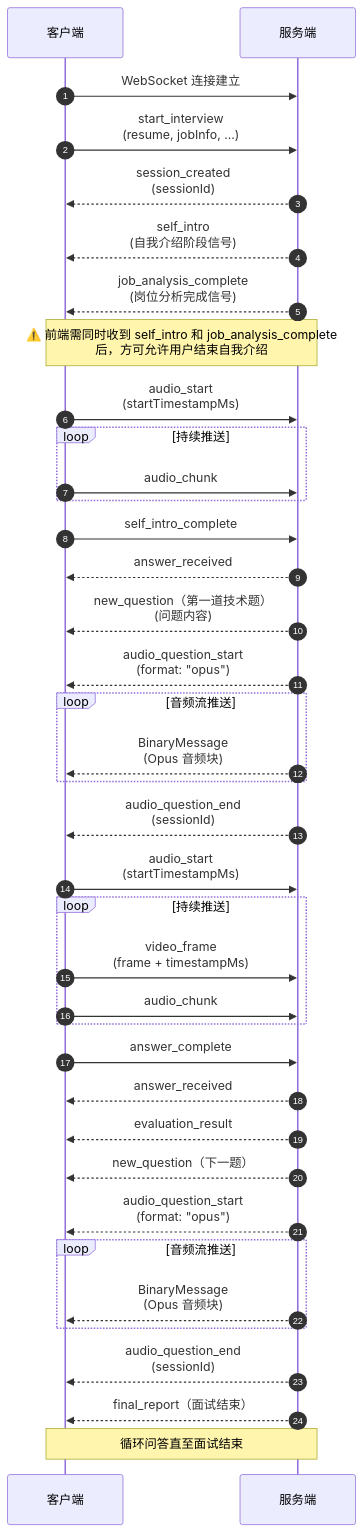
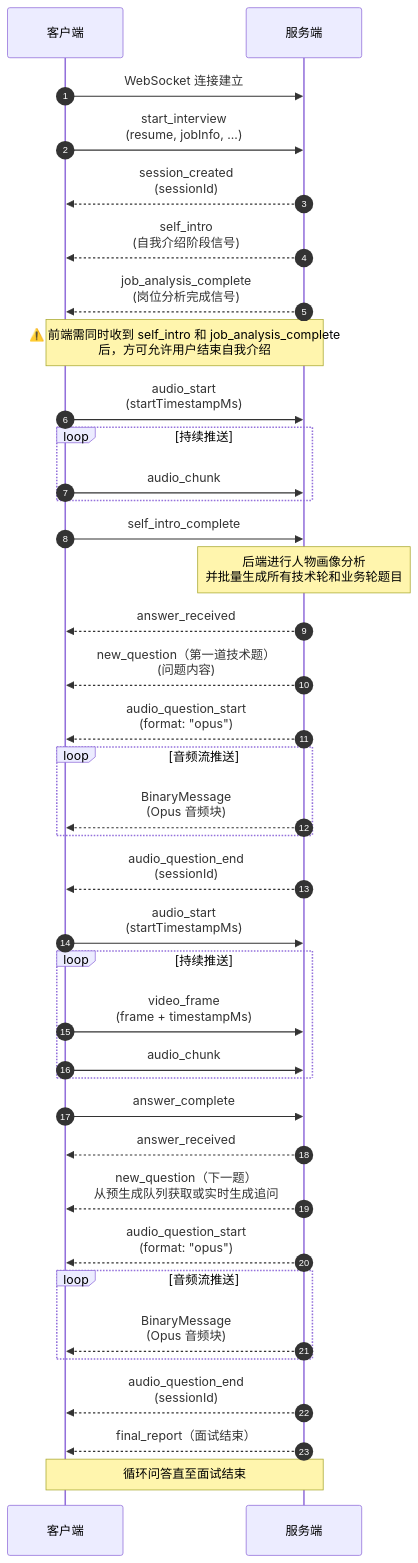
The diagram in docs/websocket.md (zunff/interview-agent-frontend), drawn with Mermaid before and after one commit. The commit also changed other lines of this file and 11 other files, not shown here.

````diff
--- a/docs/websocket.md
+++ b/docs/websocket.md
@@ -18,63 +18,65 @@
 ```mermaid
 sequenceDiagram
     autonumber
     participant 客户端
     participant 服务端
 
     %% 建立连接
     客户端->>服务端: WebSocket 连接建立
 
     %% 初始化面试
     客户端->>服务端: start_interview<br/>(resume, jobInfo, ...)
     服务端-->>客户端: session_created<br/>(sessionId)
 
     %% 并行推送阶段信号
     服务端-->>客户端: self_intro<br/>(自我介绍阶段信号)
     服务端-->>客户端: job_analysis_complete<br/>(岗位分析完成信号)
 
     %% 前端约束提示
     note over 客户端,服务端: ⚠️ 前端需同时收到 self_intro 和 job_analysis_complete<br/>后，方可允许用户结束自我介绍
 
     %% 自我介绍音频上传
     客户端->>服务端: audio_start<br/>(startTimestampMs)
     loop 持续推送
         客户端->>服务端: audio_chunk
     end
     客户端->>服务端: self_intro_complete
 
+    %% 批量题目生成（后端异步执行）
+    note over 服务端: 后端进行人物画像分析<br/>并批量生成所有技术轮和业务轮题目
+
     %% 首题下发（文字）
     服务端-->>客户端: answer_received
     服务端-->>客户端: new_question（第一道技术题）<br/>(问题内容)
-    
+
     %% TTS 音频推送流程
     服务端-->>客户端: audio_question_start<br/>(format: "opus")
     loop 音频流推送
         服务端-->>客户端: BinaryMessage<br/>(Opus 音频块)
     end
     服务端-->>客户端: audio_question_end<br/>(sessionId)
 
     %% 答题环节（音视频+回答）
     客户端->>服务端: audio_start<br/>(startTimestampMs)
     loop 持续推送
         客户端->>服务端: video_frame<br/>(frame + timestampMs)
         客户端->>服务端: audio_chunk
     end
     客户端->>服务端: answer_complete
 
-    %% 评价与下一题
+    %% 下一题
     服务端-->>客户端: answer_received
-    服务端-->>客户端: evaluation_result
-    服务端-->>客户端: new_question（下一题）
-    
+    服务端-->>客户端: new_question（下一题）<br/>从预生成队列获取或实时生成追问
+
     %% TTS 音频推送流程（重复）
     服务端-->>客户端: audio_question_start<br/>(format: "opus")
     loop 音频流推送
         服务端-->>客户端: BinaryMessage<br/>(Opus 音频块)
     end
     服务端-->>客户端: audio_question_end<br/>(sessionId)
-    
+
     服务端-->>客户端: final_report（面试结束）
 
     %% 循环结束
     note over 客户端,服务端: 循环问答直至面试结束
 ```
````
